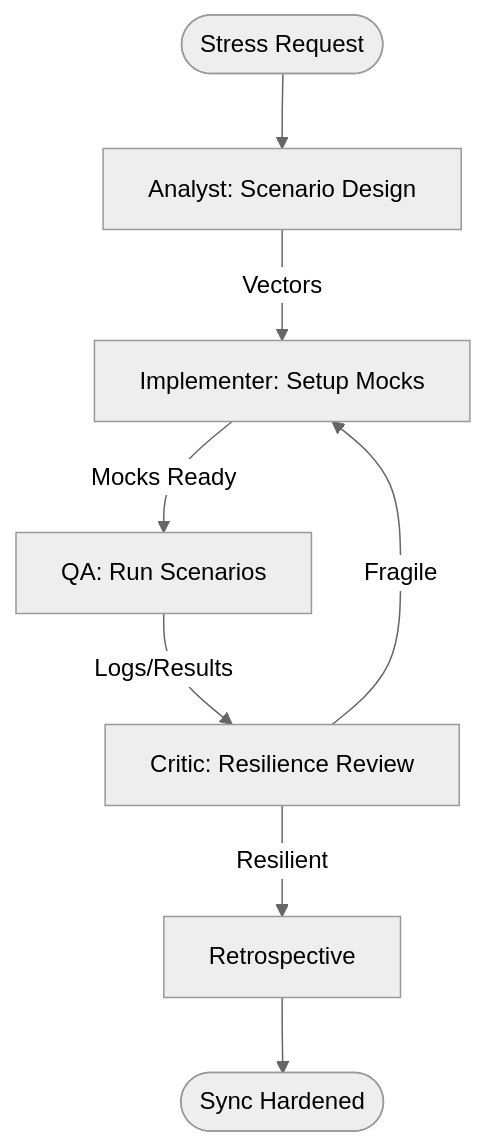
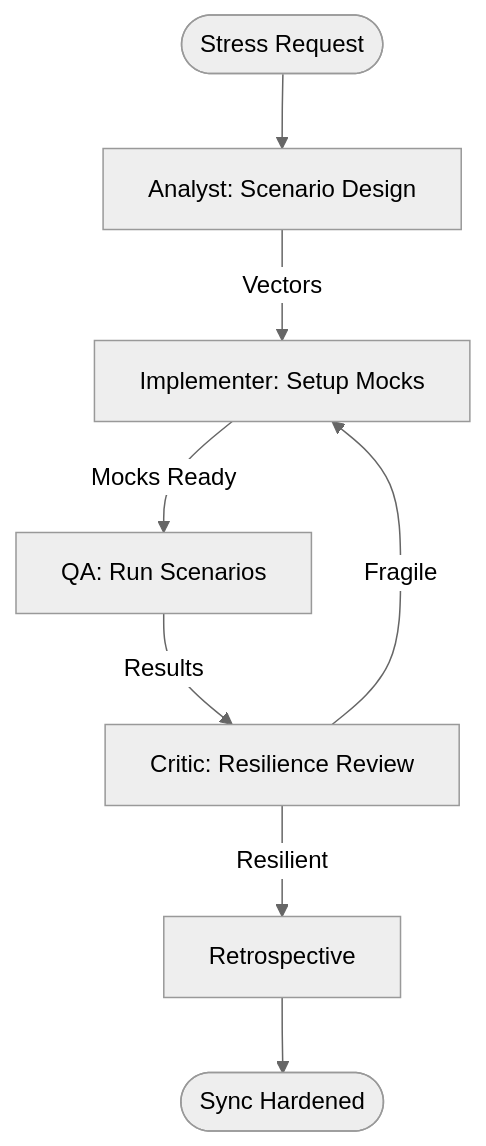
One commit to seanspiesman/Agents-and-Workflows changed the diagram in custom-agents/workflows/arcgis/SyncStressTest.workflow.md. Above: the diagram before and after it, drawn with Mermaid (neutral theme). The commit also changed 31 other files, not shown here.

````diff
--- a/custom-agents/workflows/arcgis/SyncStressTest.workflow.md
+++ b/custom-agents/workflows/arcgis/SyncStressTest.workflow.md
@@ -66,10 +66,10 @@
 ```mermaid
 flowchart TD
     Start([Stress Request]) --> P1[Analyst: Scenario Design]
     P1 -->|Vectors| P2[Implementer: Setup Mocks]
     P2 -->|Mocks Ready| P3[QA: Run Scenarios]
-    P3 -->|Logs/Results| P4[Critic: Resilience Review]
+    P3 -->|Results| P4[Critic: Resilience Review]
     P4 -->|Fragile| P2
     P4 -->|Resilient| P5[Retrospective]
     P5 --> End([Sync Hardened])
 ```
````
